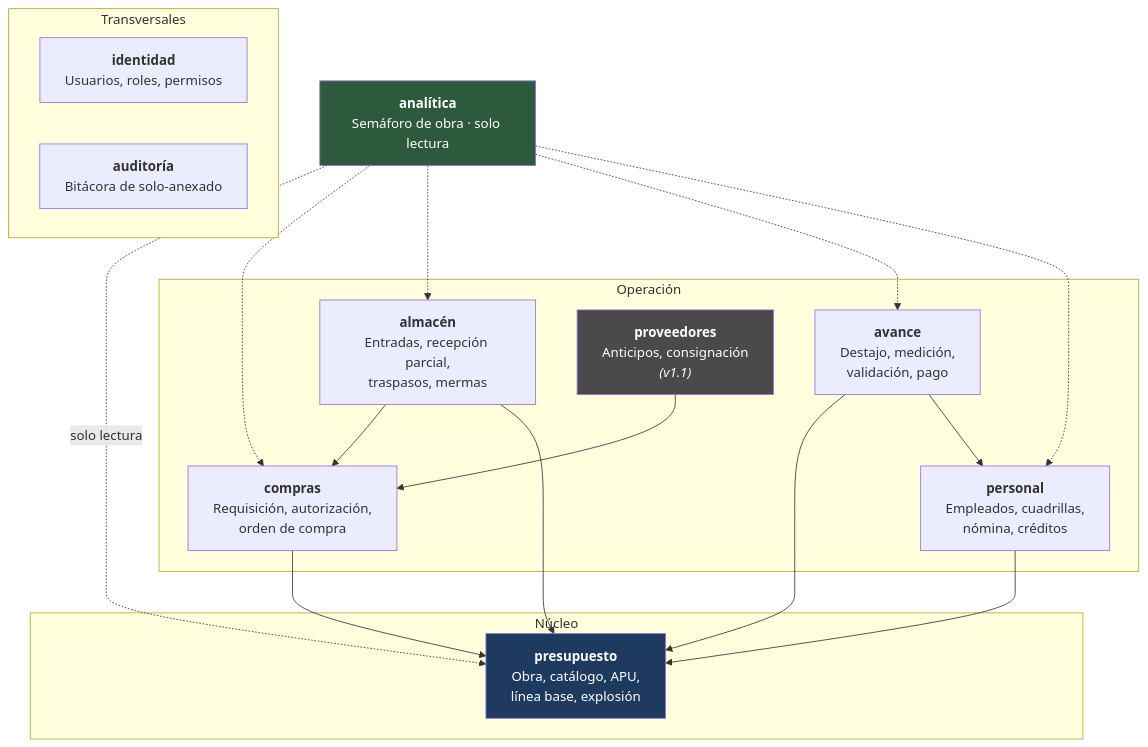
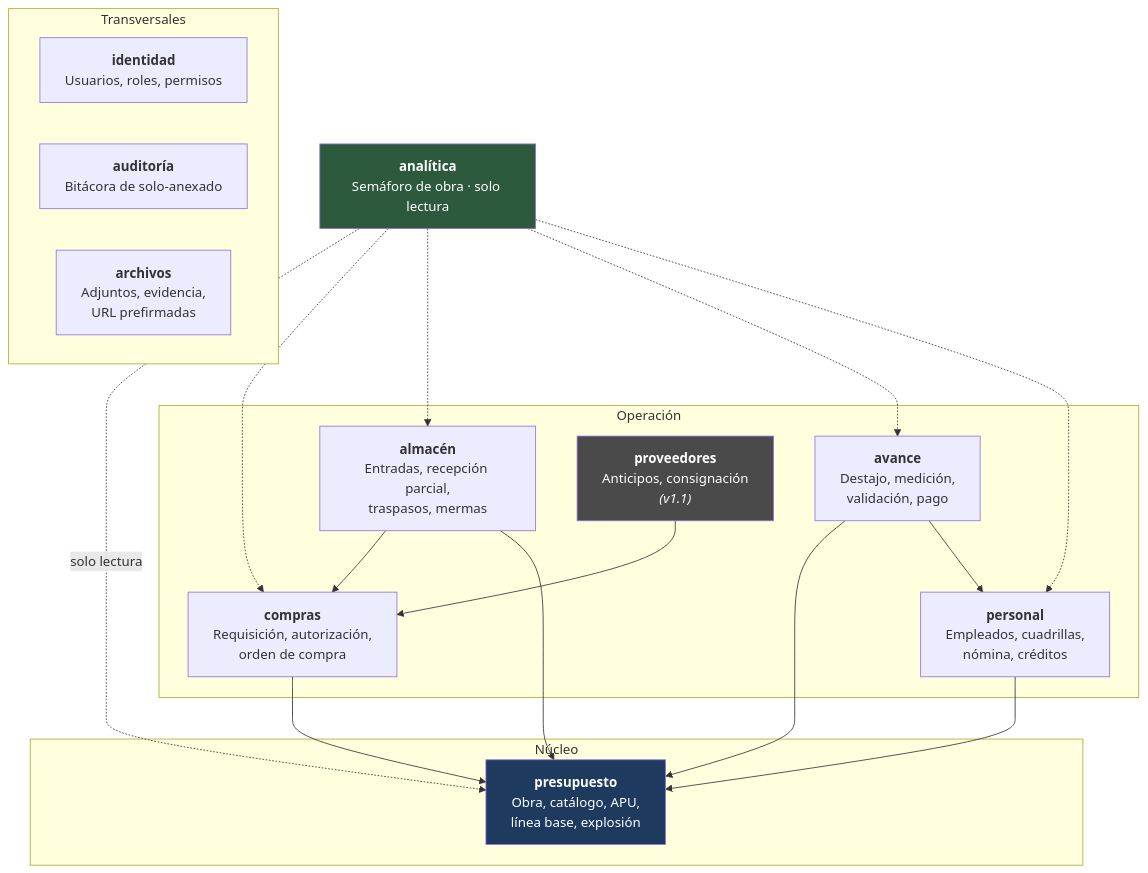
Before and after one commit to FranciscoRodSilva/IA4Devs-Proyecto-Final: the third of 7 diagrams in docs/02-arquitectura.md, drawn with Mermaid. The commit also changed other lines of this file and 12 other files, not shown here.

````diff
--- a/docs/02-arquitectura.md
+++ b/docs/02-arquitectura.md
@@ -147,38 +151,39 @@
 ```mermaid
 graph TB
     subgraph TRANS["Transversales"]
         ID["<b>identidad</b><br/>Usuarios, roles, permisos"]
         AU["<b>auditoría</b><br/>Bitácora de solo-anexado"]
+        AR["<b>archivos</b><br/>Adjuntos, evidencia,<br/>URL prefirmadas"]
     end
 
     subgraph NUC["Núcleo"]
         PR["<b>presupuesto</b><br/>Obra, catálogo, APU,<br/>línea base, explosión"]
     end
 
     subgraph OPE["Operación"]
         CM["<b>compras</b><br/>Requisición, autorización,<br/>orden de compra"]
         AM["<b>almacén</b><br/>Entradas, recepción parcial,<br/>traspasos, mermas"]
         AV["<b>avance</b><br/>Destajo, medición,<br/>validación, pago"]
         PE["<b>personal</b><br/>Empleados, cuadrillas,<br/>nómina, créditos"]
         PV["<b>proveedores</b><br/>Anticipos, consignación<br/><i>(v1.1)</i>"]
     end
 
     AN["<b>analítica</b><br/>Semáforo de obra · solo lectura"]
 
     CM --> PR
     AM --> CM
     AM --> PR
     AV --> PR
     AV --> PE
     PE --> PR
     PV --> CM
     AN -.->|"solo lectura"| PR
     AN -.-> CM
     AN -.-> AM
     AN -.-> AV
     AN -.-> PE
 
     style PR fill:#1e3a5f,color:#fff
     style AN fill:#2d5a3d,color:#fff
     style PV fill:#4a4a4a,color:#fff
 ```
````
